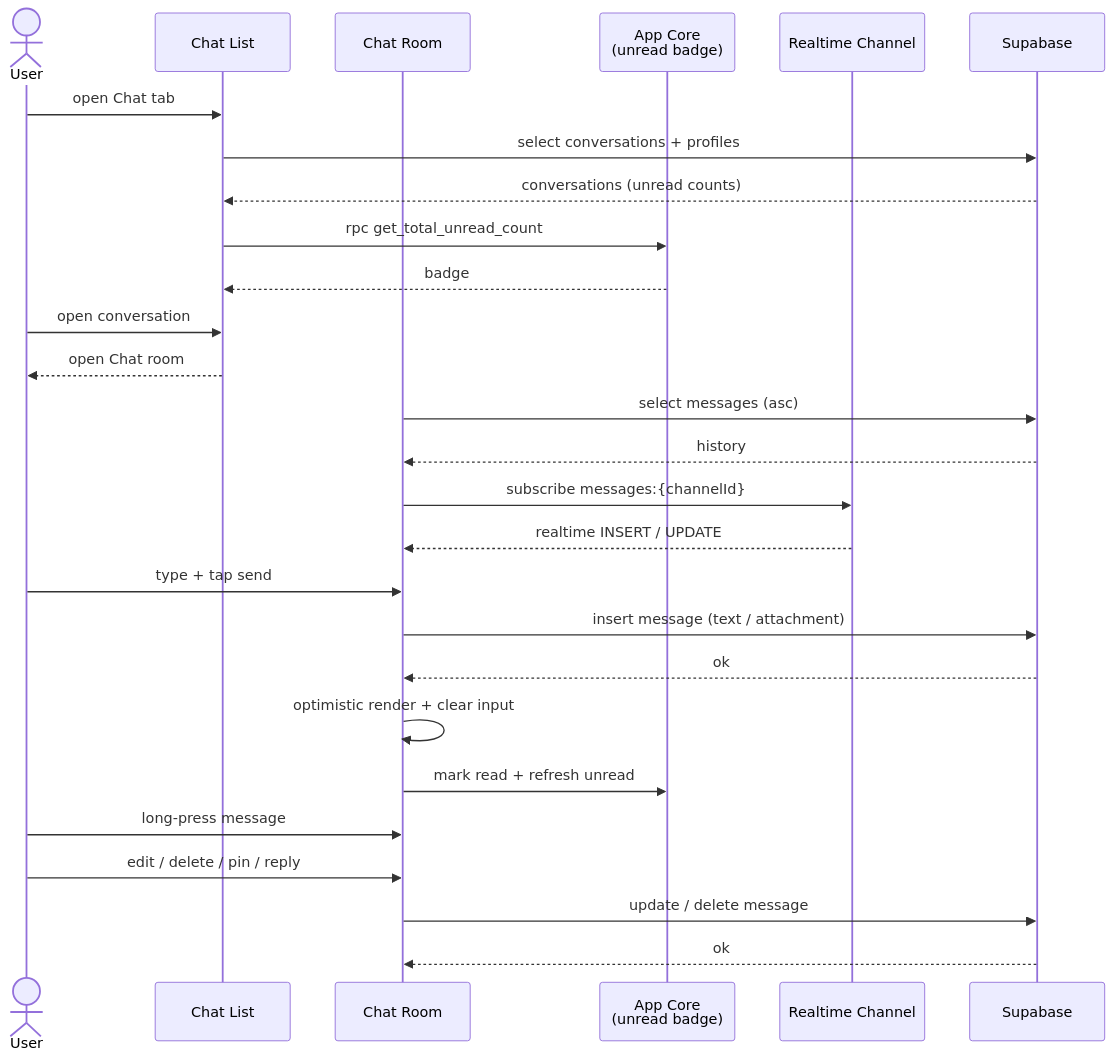
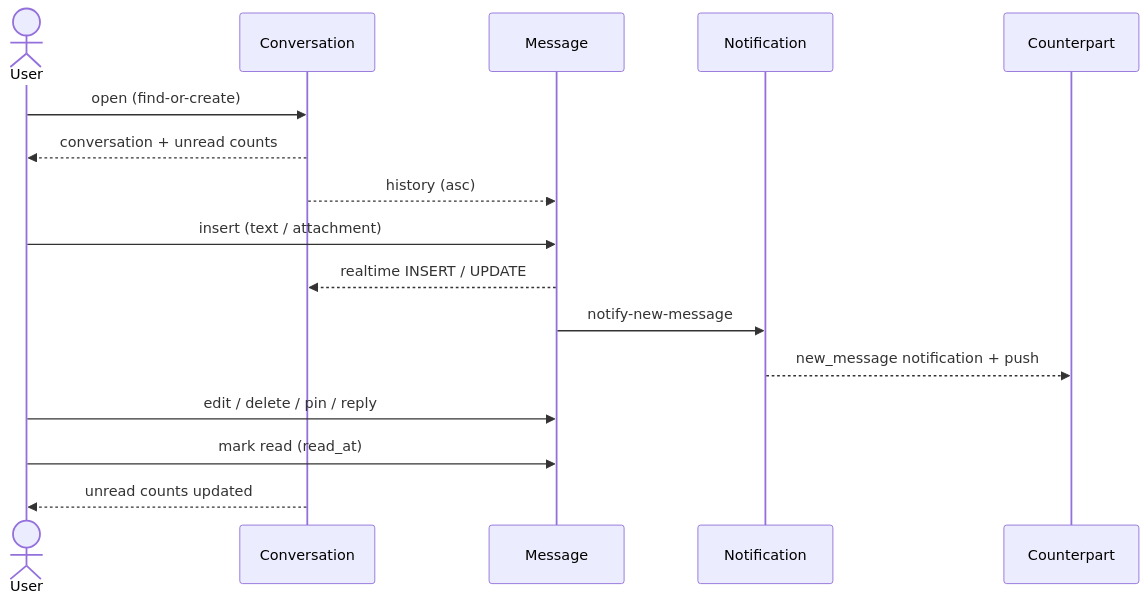
Before and after one commit to phyothant-dev/nestfinder: the diagram in docs/diagrams/sequence-chat.mmd, drawn with Mermaid. The commit also changed 9 other files, not shown here.

Commit message:
Rewrite class diagram around DB tables and redraw sequence diagrams by use-case domain

```diff
--- a/docs/diagrams/sequence-chat.mmd
+++ b/docs/diagrams/sequence-chat.mmd
@@ -1,28 +1,17 @@
 sequenceDiagram
     actor User
-    participant CL as Chat List
-    participant CR as Chat Room
-    participant CO as App Core<br/>(unread badge)
-    participant RT as Realtime Channel
-    participant SU as Supabase
+    participant C as Conversation
+    participant M as Message
+    participant N as Notification
+    participant O as Counterpart
 
-    User->>CL: open Chat tab
-    CL->>SU: select conversations + profiles
-    SU-->>CL: conversations (unread counts)
-    CL->>CO: rpc get_total_unread_count
-    CO-->>CL: badge
-    User->>CL: open conversation
-    CL-->>User: open Chat room
-    CR->>SU: select messages (asc)
-    SU-->>CR: history
-    CR->>RT: subscribe messages:{channelId}
-    RT-->>CR: realtime INSERT / UPDATE
-    User->>CR: type + tap send
-    CR->>SU: insert message (text / attachment)
-    SU-->>CR: ok
-    CR->>CR: optimistic render + clear input
-    CR->>CO: mark read + refresh unread
-    User->>CR: long-press message
-    User->>CR: edit / delete / pin / reply
-    CR->>SU: update / delete message
-    SU-->>CR: ok
+    User->>C: open (find-or-create)
+    C-->>User: conversation + unread counts
+    C-->>M: history (asc)
+    User->>M: insert (text / attachment)
+    M-->>C: realtime INSERT / UPDATE
+    M->>N: notify-new-message
+    N-->>O: new_message notification + push
+    User->>M: edit / delete / pin / reply
+    User->>M: mark read (read_at)
+    C-->>User: unread counts updated
```
